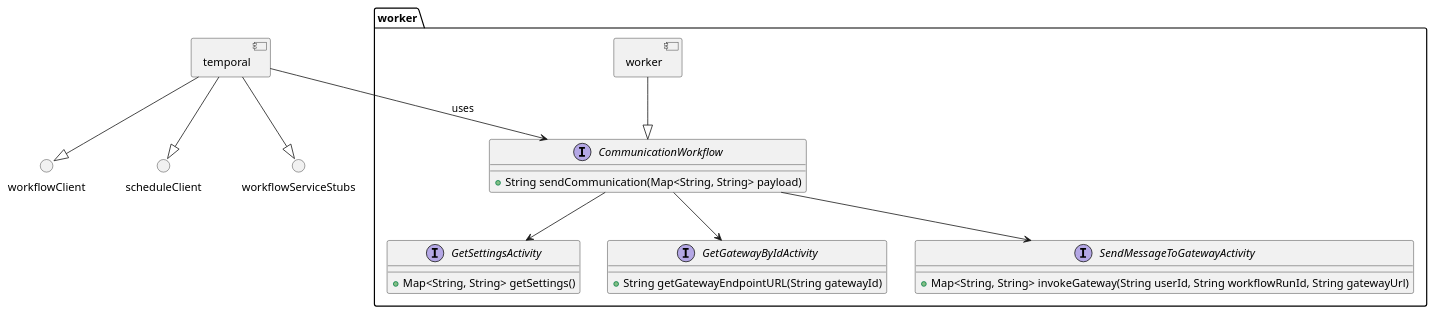
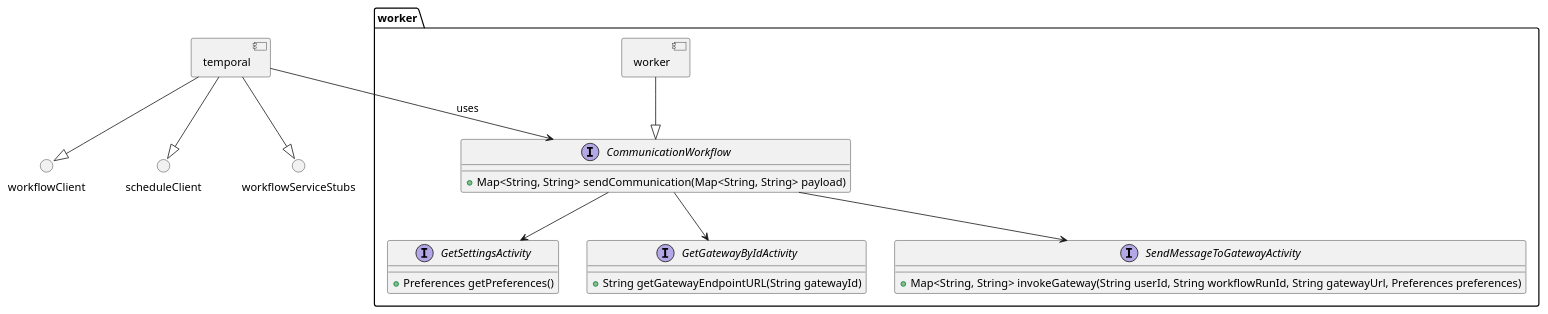
Before and after one commit to CameronWard301/communication_scheduler: the diagram in Designs/System Context/Components/WorkerInterfaces.puml, drawn with PlantUML. The commit also changed 28 other files, not shown here.

Commit message:
Updated diagrams and images

```diff
--- a/Designs/System Context/Components/WorkerInterfaces.puml
+++ b/Designs/System Context/Components/WorkerInterfaces.puml
@@ -1,47 +1,44 @@
 @startuml Component Interfaces
 
 component temporal {
 }
 
 () workflowClient
 () scheduleClient
 () workflowServiceStubs
 
 
 workflowServiceStubs <|-u- temporal
 workflowClient <|-u- temporal
 scheduleClient <|-u- temporal
 
 
 package "worker" as workerGroup {
     component worker{
     }
 
     interface CommunicationWorkflow {
-        + String sendCommunication(Map<String, String> payload)
-
+        + Map<String, String> sendCommunication(Map<String, String> payload)
     }
 
     interface GetSettingsActivity {
-        + Map<String, String> getSettings()
-
+        + Preferences getPreferences()
     }
 
     interface GetGatewayByIdActivity {
         + String getGatewayEndpointURL(String gatewayId)
-
     }
 
     interface SendMessageToGatewayActivity {
-        + Map<String, String> invokeGateway(String userId, String workflowRunId, String gatewayUrl)
+        + Map<String, String> invokeGateway(String userId, String workflowRunId, String gatewayUrl, Preferences preferences)
     }
 
     worker --|> CommunicationWorkflow
     CommunicationWorkflow --> GetSettingsActivity
     CommunicationWorkflow --> SendMessageToGatewayActivity
     CommunicationWorkflow --> GetGatewayByIdActivity
 }
 
 temporal --> CommunicationWorkflow: uses
 
 @enduml
```
